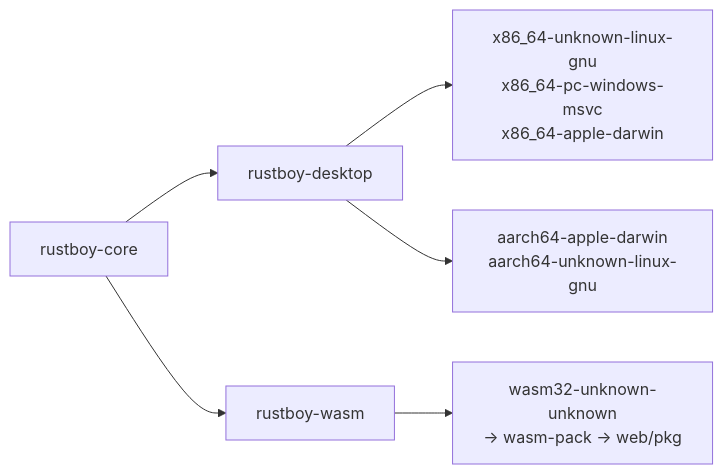
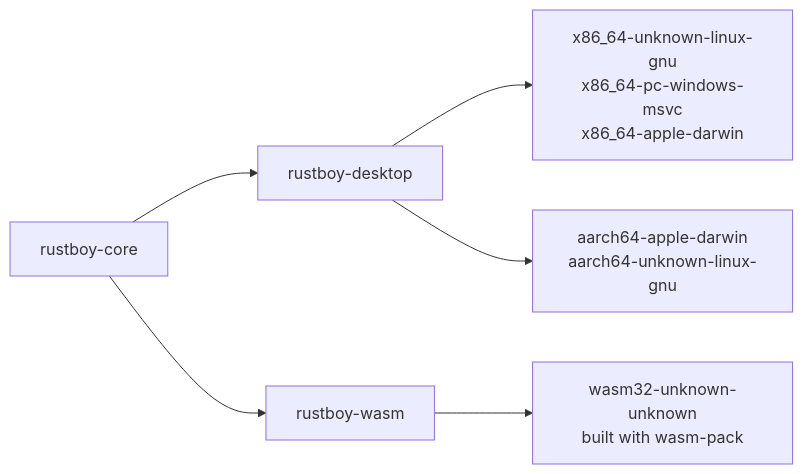
Before and after one commit to dudustri/rustboy-color: diagram 15 of 16 in docs/architecture.md, drawn with Mermaid. The commit also changed other lines of this file and 17 other files, not shown here.

````diff
--- a/docs/architecture.md
+++ b/docs/architecture.md
@@ -389,8 +417,9 @@
 ```mermaid
+%%{init: {"flowchart": {"nodeSpacing": 50, "rankSpacing": 90}}}%%
 flowchart LR
     CORE["rustboy-core"] --> DESK["rustboy-desktop"]
     CORE --> WASM["rustboy-wasm"]
     DESK --> X86["x86_64-unknown-linux-gnu<br/>x86_64-pc-windows-msvc<br/>x86_64-apple-darwin"]
     DESK --> ARM["aarch64-apple-darwin<br/>aarch64-unknown-linux-gnu"]
-    WASM --> WEB["wasm32-unknown-unknown<br/>→ wasm-pack → web/pkg"]
+    WASM --> WEB["wasm32-unknown-unknown<br/>built with wasm-pack"]
 ```
````
